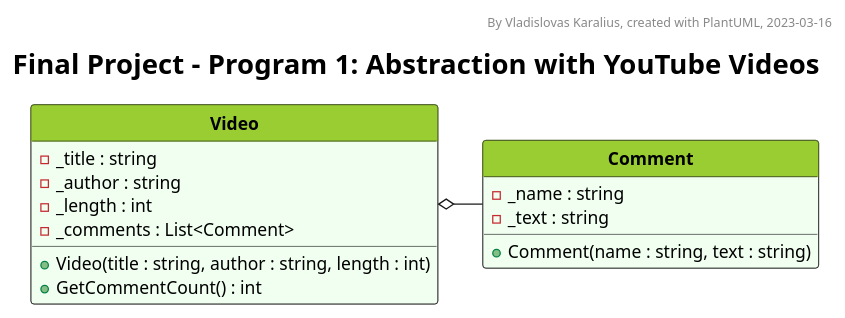
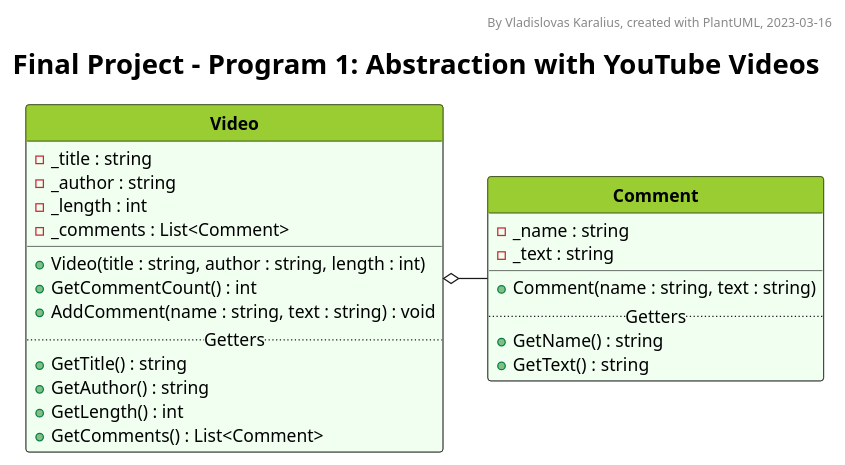
One commit to VladKaralius/cse210-projects changed the diagram in final/Foundation1/UML_diagram.pu. Above: the diagram before and after it, drawn with PlantUML. The commit also changed 4 other files, not shown here.

```diff
--- a/final/Foundation1/UML_diagram.pu
+++ b/final/Foundation1/UML_diagram.pu
@@ -1,90 +1,117 @@
 @startuml UML_diagram
 
 '--Formatting options--
 hide circle
 hide empty members
 'skinparam classAttributeIconSize 0
 skinparam style strictuml
 'skinparam groupInheritance 2
 'skinparam linetype ortho
 'skinparam Nodesep 15
 'skinparam Ranksep 25
 'left to right direction
 
 '--Styling--
 'skinparam BackgroundColor White/LightGreen
 skinparam TitleFontSize 22
 
 <style>
 classDiagram {
   class {
     '-attributes and methods-
     'FontSize 14
     'FontColor black
     'BackgroundColor #fefece
     BackgroundColor #f0fff0
     'RoundCorner 0
     '-class name-
     header {
       'FontSize 12
       'FontColor Black
       FontStyle bold
       BackgroundColor YellowGreen
+    }
+
+    ' Alternative class style 1
+    .gaming {
+      BackgroundColor Bisque
+      header {
+        BackgroundColor Orange
+      }
+    }
+
+    ' Alternative class style 2
+    .test {
+      BackgroundColor #eeeeee
+      header {
+        BackgroundColor #cccccc
+      }
     }
   }
   note {
     BackgroundColor Yellow
   }
   legend {
     FontSize 18
   }
 </style>
 
 '--Header, title, caption--
 header By Vladislovas Karalius, created with PlantUML, 2023-03-16
 title Final Project - Program 1: Abstraction with YouTube Videos
 'caption <:warning:>Constructors without parameters are not shown in this diagram
 
 ' Dummy class that explains visibility symbols
 ' class Markers #dddddd {
 ' Attributes
 ' ..
 ' - private
 ' # protected
 ' + public
 ' {static} static
 ' --
 ' Methods
 ' ..
 ' - private()
 ' # protected()
 ' + public()
 ' {static} static()
 ' }
 
 '--Main--
 class Video {
   - _title : string
   - _author : string
   - _length : int
   - _comments : List<Comment>
+  __
   + Video(title : string, author : string, length : int)
   + GetCommentCount() : int
+  + AddComment(name : string, text : string) : void
+  ..Getters..
+  + GetTitle() : string
+  + GetAuthor() : string
+  + GetLength() : int
+  + GetComments() : List<Comment>
 }
 
 class Comment {
   - _name : string
   - _text : string
+  __
   + Comment(name : string, text : string)
+  ..Getters..
+  + GetName() : string
+  + GetText() : string
 }
 
 Video o- Comment
 
 '--Description--
 ' legend bottom
 ' <size:22>__**Core Requirements**__
 ' The program has one base class **Activity**. This class contains the attributes and methods
 ' that are common to all activities. Certain functions are put into separate classes as follows:
 ' endlegend
 
 @enduml
```
